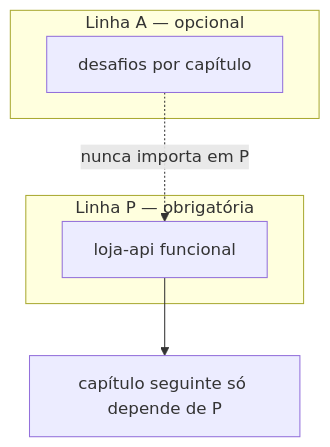
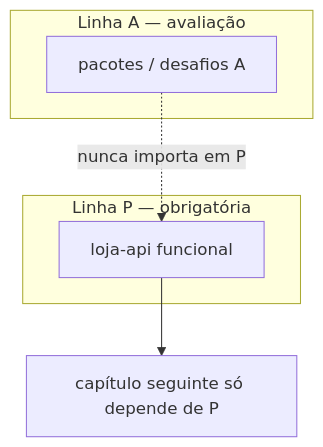
Before and after one commit to josinoif/aulas_ads: the first of 2 diagrams in backend/nest/MAPA-LINHAS-P-A.md, drawn with Mermaid. The commit also changed other lines of this file and 3 other files, not shown here.

````diff
--- a/backend/nest/MAPA-LINHAS-P-A.md
+++ b/backend/nest/MAPA-LINHAS-P-A.md
@@ -12,11 +12,11 @@
 ```mermaid
 flowchart TB
     subgraph P["Linha P — obrigatória"]
         API[loja-api funcional]
     end
-    subgraph A["Linha A — opcional"]
-        Extra[desafios por capítulo]
+    subgraph A["Linha A — avaliação"]
+        Extra[pacotes / desafios A]
     end
     API --> Prox[capítulo seguinte só depende de P]
     Extra -.->|nunca importa em P| API
 ```
````
